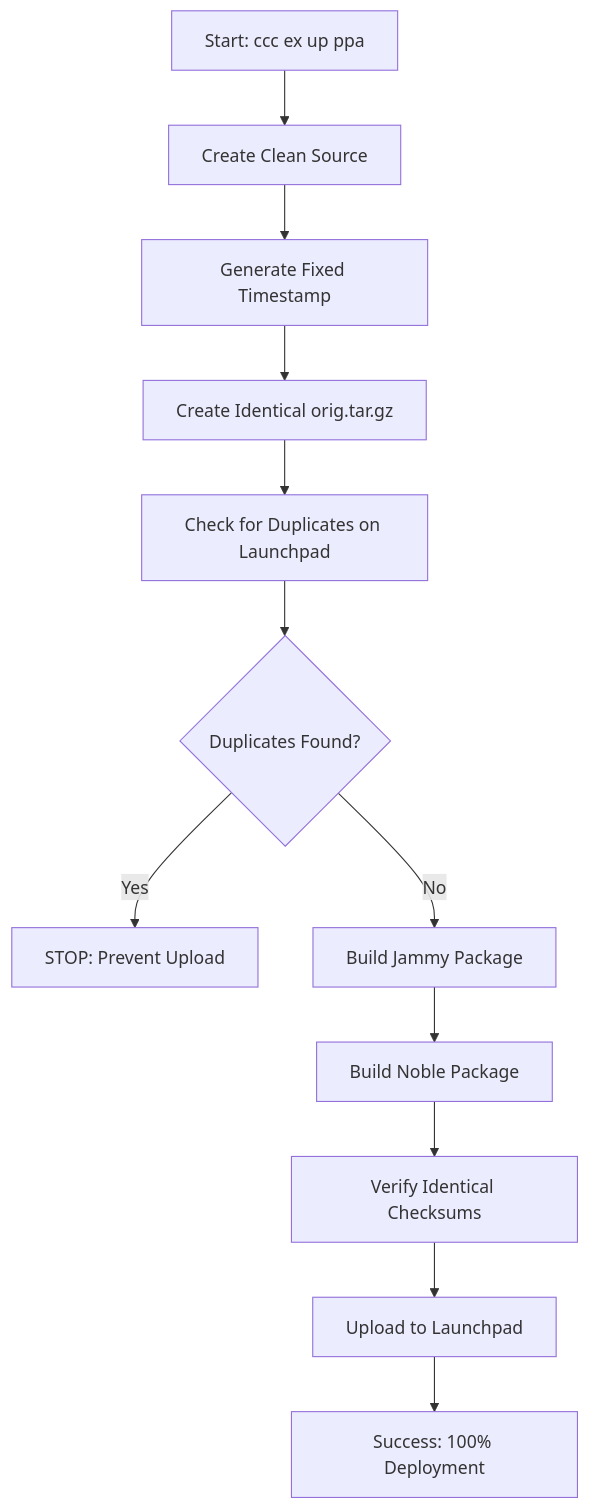
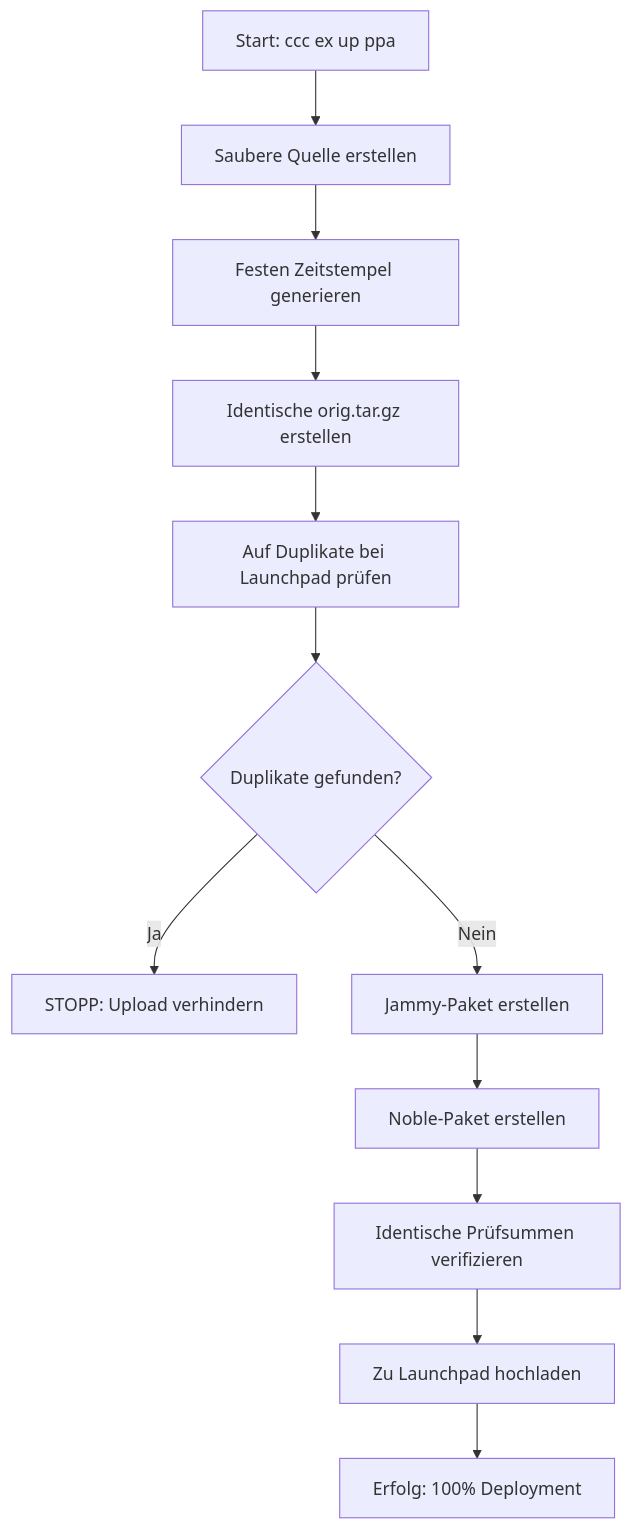
Before and after one commit to collective-context/collective-context.github.io: the diagram in src/content/docs/ccc/professional-ppa-system.md, drawn with Mermaid. The commit also changed other lines of this file and 1 other file, not shown here.

First line of the commit message:
fix: Dokumentation auf deutsche Sprache umstellen und Titel-Wiederholungen entfernen

````diff
--- a/src/content/docs/ccc/professional-ppa-system.md
+++ b/src/content/docs/ccc/professional-ppa-system.md
@@ -61,14 +59,14 @@
 ```mermaid
 graph TD
-    A[Start: ccc ex up ppa] --> B[Create Clean Source]
-    B --> C[Generate Fixed Timestamp]
-    C --> D[Create Identical orig.tar.gz]
-    D --> E[Check for Duplicates on Launchpad]
-    E --> F{Duplicates Found?}
-    F -->|Yes| G[STOP: Prevent Upload]
-    F -->|No| H[Build Jammy Package]
-    H --> I[Build Noble Package]
-    I --> J[Verify Identical Checksums]
-    J --> K[Upload to Launchpad]
-    K --> L[Success: 100% Deployment]
+    A[Start: ccc ex up ppa] --> B[Saubere Quelle erstellen]
+    B --> C[Festen Zeitstempel generieren]
+    C --> D[Identische orig.tar.gz erstellen]
+    D --> E[Auf Duplikate bei Launchpad prüfen]
+    E --> F{Duplikate gefunden?}
+    F -->|Ja| G[STOPP: Upload verhindern]
+    F -->|Nein| H[Jammy-Paket erstellen]
+    H --> I[Noble-Paket erstellen]
+    I --> J[Identische Prüfsummen verifizieren]
+    J --> K[Zu Launchpad hochladen]
+    K --> L[Erfolg: 100% Deployment]
 ```
````
